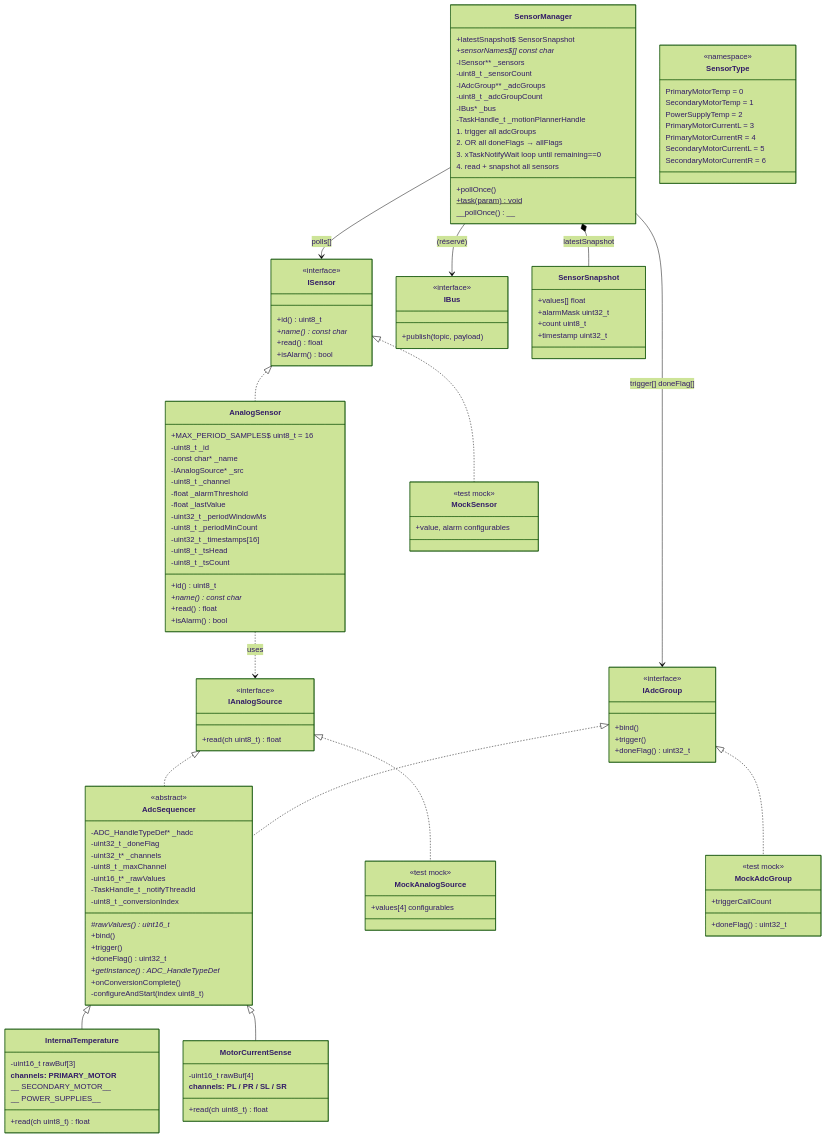
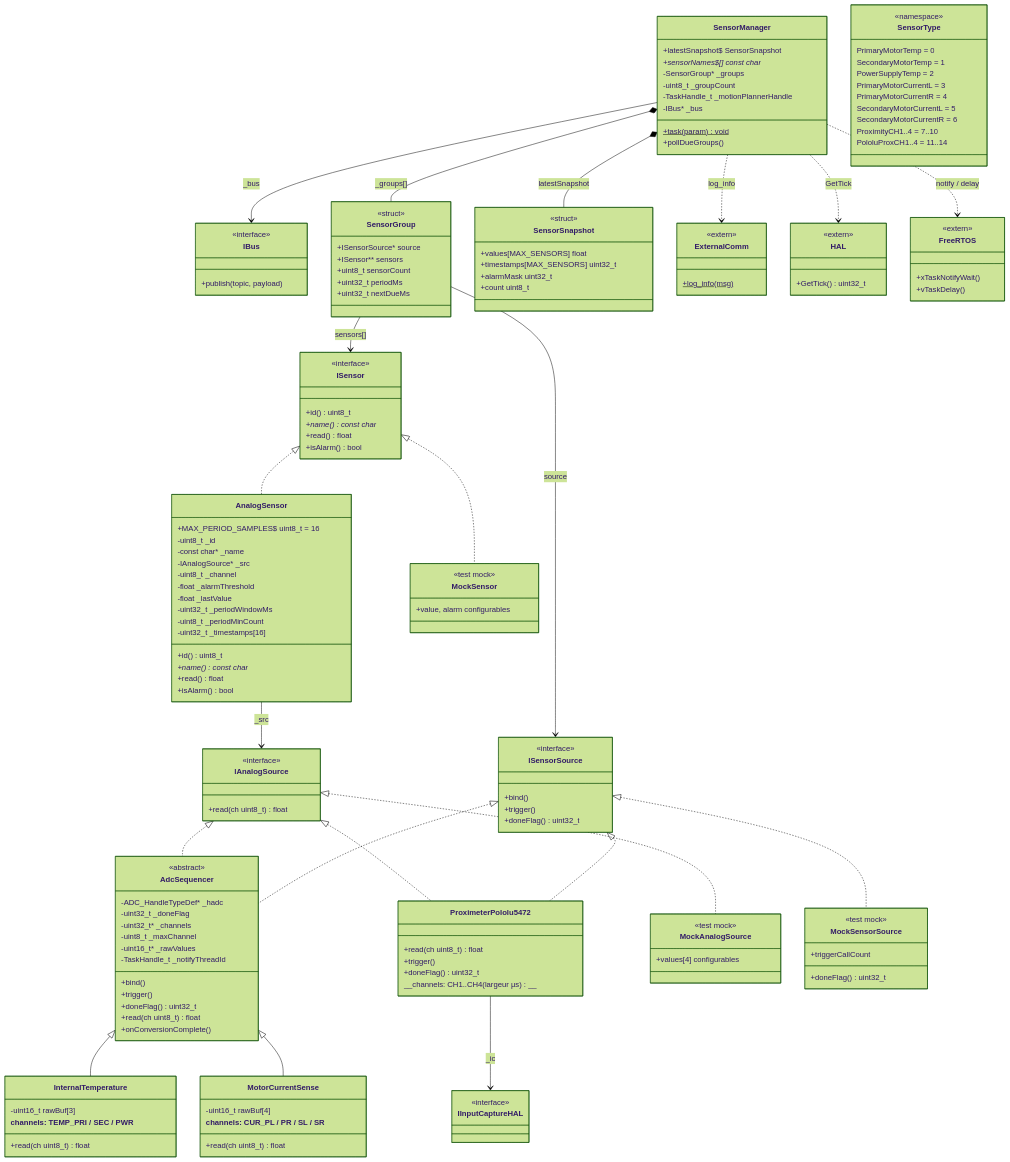
The first of 2 diagrams in architecture_sensors.md (Soupalognon/Wall-A-Software), drawn with Mermaid (forest theme) before and after one commit. The commit also changed other lines of this file and 9 other files, not shown here.

Commit message:
First try of integrating inputCapture into SensorManager

````diff
--- a/architecture_sensors.md
+++ b/architecture_sensors.md
@@ -18,17 +18,56 @@
         +read(ch uint8_t) float
     }
 
-    class IAdcGroup {
+    class ISensorSource {
         <<interface>>
         +bind()
         +trigger()
         +doneFlag() uint32_t
     }
 
+    class IInputCaptureHAL {
+        <<interface>>
+    }
+
     class IBus {
         <<interface>>
         +publish(topic, payload)
     }
+
+    %% ── SensorManager ───────────────────────────────────────────────────────
+    class SensorManager {
+        +latestSnapshot$ SensorSnapshot
+        +sensorNames$[] const char*
+        -SensorGroup* _groups
+        -uint8_t _groupCount
+        -TaskHandle_t _motionPlannerHandle
+        -IBus* _bus
+        +task(param)$ void
+        +pollDueGroups()
+    }
+
+    class SensorGroup {
+        <<struct>>
+        +ISensorSource* source
+        +ISensor** sensors
+        +uint8_t sensorCount
+        +uint32_t periodMs
+        +uint32_t nextDueMs
+    }
+
+    class SensorSnapshot {
+        <<struct>>
+        +values[MAX_SENSORS] float
+        +timestamps[MAX_SENSORS] uint32_t
+        +alarmMask uint32_t
+        +count uint8_t
+    }
+
+    SensorManager *-- SensorGroup     : _groups[]
+    SensorManager *-- SensorSnapshot  : latestSnapshot
+    SensorManager --> IBus            : _bus
+    SensorGroup   --> ISensorSource   : source
+    SensorGroup   --> ISensor         : sensors[]
 
     %% ── AdcSequencer (base class) ────────────────────────────────────────────
     class AdcSequencer {
@@ -39,36 +78,43 @@
         -uint8_t _maxChannel
         -uint16_t* _rawValues
         -TaskHandle_t _notifyThreadId
-        -uint8_t _conversionIndex
-        #rawValues() uint16_t*
         +bind()
         +trigger()
         +doneFlag() uint32_t
-        +getInstance() ADC_HandleTypeDef*
+        +read(ch uint8_t) float
         +onConversionComplete()
-        -configureAndStart(index uint8_t)
     }
 
     IAnalogSource <|.. AdcSequencer
-    IAdcGroup     <|.. AdcSequencer
+    ISensorSource <|.. AdcSequencer
 
-    %% ── Drivers hardware (spécialisent AdcSequencer) ────────────────────────
+    %% ── Drivers ADC ─────────────────────────────────────────────────────────
     class InternalTemperature {
         -uint16_t rawBuf[3]
         +read(ch uint8_t) float
-        __channels: PRIMARY_MOTOR__
-        __         SECONDARY_MOTOR__
-        __         POWER_SUPPLIES__
+        __channels: TEMP_PRI / SEC / PWR__
     }
 
     class MotorCurrentSense {
         -uint16_t rawBuf[4]
         +read(ch uint8_t) float
-        __channels: PL / PR / SL / SR__
+        __channels: CUR_PL / PR / SL / SR__
     }
 
     AdcSequencer <|-- InternalTemperature
     AdcSequencer <|-- MotorCurrentSense
+
+    %% ── Driver InputCapture ──────────────────────────────────────────────────
+    class ProximeterPololu5472 {
+        +read(ch uint8_t) float
+        +trigger()
+        +doneFlag() uint32_t
+        __channels: CH1..CH4 (largeur µs)__
+    }
+
+    IAnalogSource <|.. ProximeterPololu5472
+    ISensorSource <|.. ProximeterPololu5472
+    ProximeterPololu5472 --> IInputCaptureHAL : _ic
 
     %% ── Sensor générique ────────────────────────────────────────────────────
     class AnalogSensor {
@@ -82,47 +128,35 @@
         -uint32_t _periodWindowMs
         -uint8_t _periodMinCount
         -uint32_t _timestamps[16]
-        -uint8_t _tsHead
-        -uint8_t _tsCount
         +id() uint8_t
         +name() const char*
         +read() float
         +isAlarm() bool
     }
 
-    ISensor       <|.. AnalogSensor
-    AnalogSensor  ..>  IAnalogSource : uses
+    ISensor      <|.. AnalogSensor
+    AnalogSensor --> IAnalogSource : _src
 
-    %% ── Tâche FreeRTOS ───────────────────────────────────────────────────────
-    class SensorManager {
-        +latestSnapshot$ SensorSnapshot
-        +sensorNames$[] const char*
-        -ISensor** _sensors
-        -uint8_t _sensorCount
-        -IAdcGroup** _adcGroups
-        -uint8_t _adcGroupCount
-        -IBus* _bus
-        -TaskHandle_t _motionPlannerHandle
-        +pollOnce()
-        +task(param)$ void
-        __pollOnce()__
-        1. trigger all adcGroups
-        2. OR all doneFlags → allFlags
-        3. xTaskNotifyWait loop until remaining==0
-        4. read + snapshot all sensors
+    %% ── Dépendances externes ─────────────────────────────────────────────────
+    class ExternalComm {
+        <<extern>>
+        +log_info(msg)$
     }
 
-    class SensorSnapshot {
-        +values[] float
-        +alarmMask uint32_t
-        +count uint8_t
-        +timestamp uint32_t
+    class HAL {
+        <<extern>>
+        +GetTick() uint32_t
     }
 
-    SensorManager --> ISensor        : polls[]
-    SensorManager --> IAdcGroup      : trigger[] doneFlag[]
-    SensorManager --> IBus           : (réservé)
-    SensorManager *-- SensorSnapshot : latestSnapshot
+    class FreeRTOS {
+        <<extern>>
+        +xTaskNotifyWait()
+        +vTaskDelay()
+    }
+
+    SensorManager ..> ExternalComm : log_info
+    SensorManager ..> HAL          : GetTick
+    SensorManager ..> FreeRTOS     : notify / delay
 
     %% ── Namespace SensorType ─────────────────────────────────────────────────
     class SensorType {
@@ -134,6 +168,8 @@
         PrimaryMotorCurrentR = 4
         SecondaryMotorCurrentL = 5
         SecondaryMotorCurrentR = 6
+        ProximityCH1..4 = 7..10
+        PololuProxCH1..4 = 11..14
     }
 
     %% ── Mocks (tests) ────────────────────────────────────────────────────────
@@ -145,7 +181,7 @@
         <<test mock>>
         +values[4] configurables
     }
-    class MockAdcGroup {
+    class MockSensorSource {
         <<test mock>>
         +doneFlag() uint32_t
         +triggerCallCount
@@ -153,5 +189,5 @@
 
     ISensor       <|.. MockSensor
     IAnalogSource <|.. MockAnalogSource
-    IAdcGroup     <|.. MockAdcGroup
+    ISensorSource <|.. MockSensorSource
 ```
````
